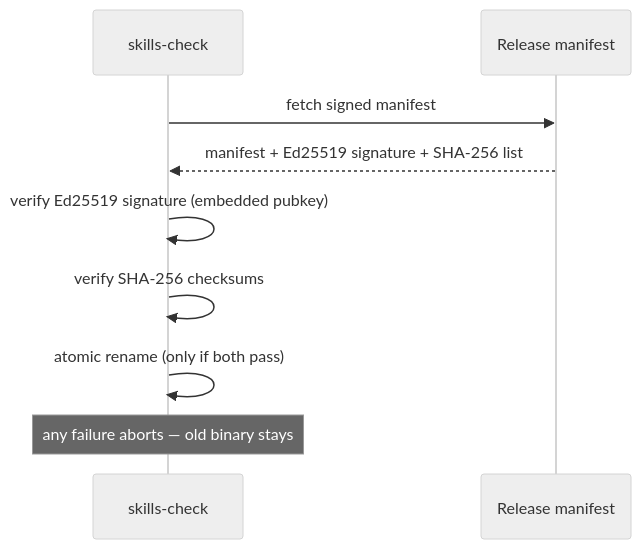
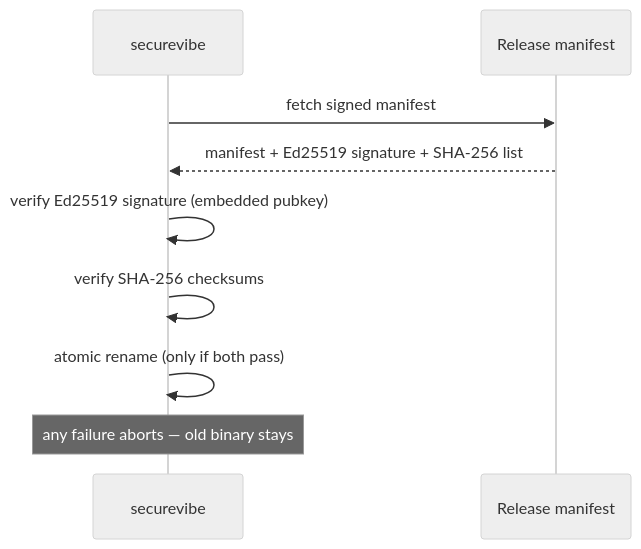
The third of 3 diagrams in docs/guides/devops.md (ShieldNet-360/securevibe), drawn with Mermaid (neutral theme) before and after one commit. The commit also changed other lines of this file and 4 other files, not shown here.

First line of the commit message:
docs(guides): consistent naming — skills-check->securevibe, skills-mcp->securevibe mcp, install->npm

````diff
--- a/docs/guides/devops.md
+++ b/docs/guides/devops.md
@@ -209,11 +209,11 @@
 ```mermaid
 sequenceDiagram
-    participant C as skills-check
+    participant C as securevibe
     participant R as Release manifest
     C->>R: fetch signed manifest
     R-->>C: manifest + Ed25519 signature + SHA-256 list
     C->>C: verify Ed25519 signature (embedded pubkey)
     C->>C: verify SHA-256 checksums
     C->>C: atomic rename (only if both pass)
     Note over C: any failure aborts — old binary stays
 ```
````
